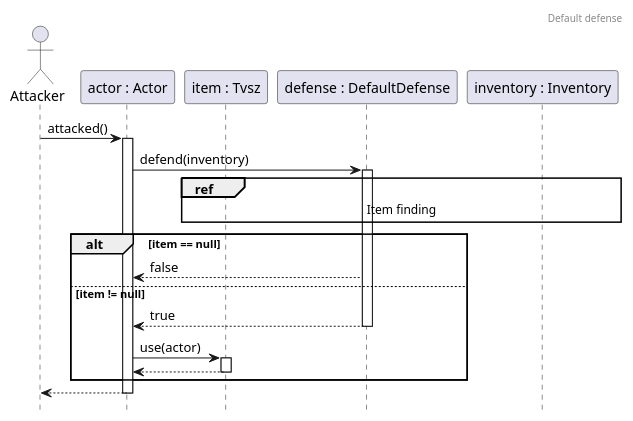
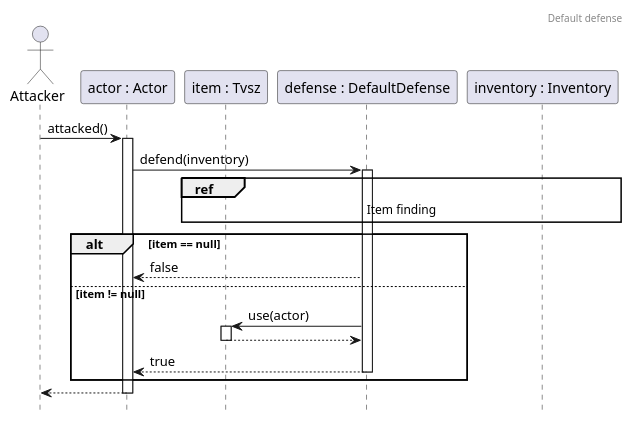
Before and after one commit to Kristof-me/Logarlec: the diagram in docs/sequence/defense/DefaultDefense.puml, drawn with PlantUML. The commit also changed 4 other files, not shown here.

Commit message:
Checked Sequence 06-12

```diff
--- a/docs/sequence/defense/DefaultDefense.puml
+++ b/docs/sequence/defense/DefaultDefense.puml
@@ -1,35 +1,30 @@
 @startuml DefaultDefense
 header Default defense
 hide footbox
 
 actor prof as "Attacker"
 participant student as "actor : Actor"
 participant item as "item : Tvsz"
 participant defense as "defense : DefaultDefense"
 participant inventory as "inventory : Inventory"
 
 prof -> student : attacked()
 activate student
 student -> defense : defend(inventory)
 activate defense
 
 ref over defense, item, inventory
     Item finding
 end ref 
 
 alt item == null
     defense --> student : false
 else item != null
-defense --> student : true
-    deactivate defense
-    student -> item: use(actor)
-    activate item
-    item --> student
-    deactivate item
-    
+    defense -> item ++: use(actor)
+    return 
+    return true
 end
-
 
 student --> prof
 deactivate student
 @enduml
```
